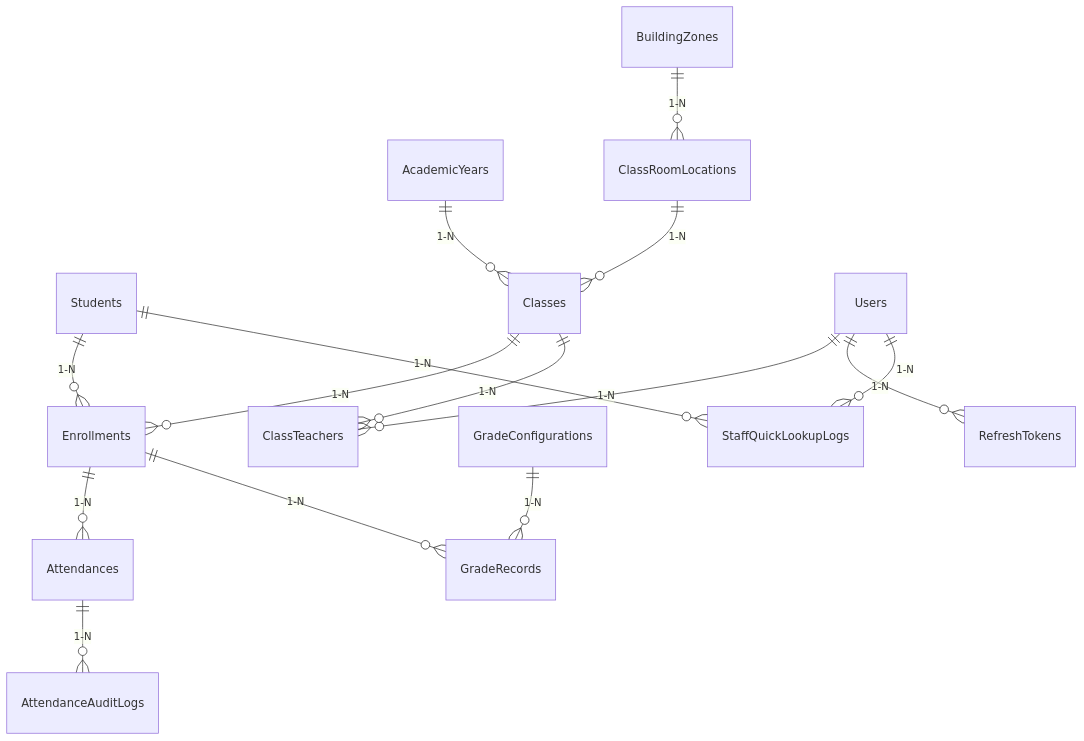
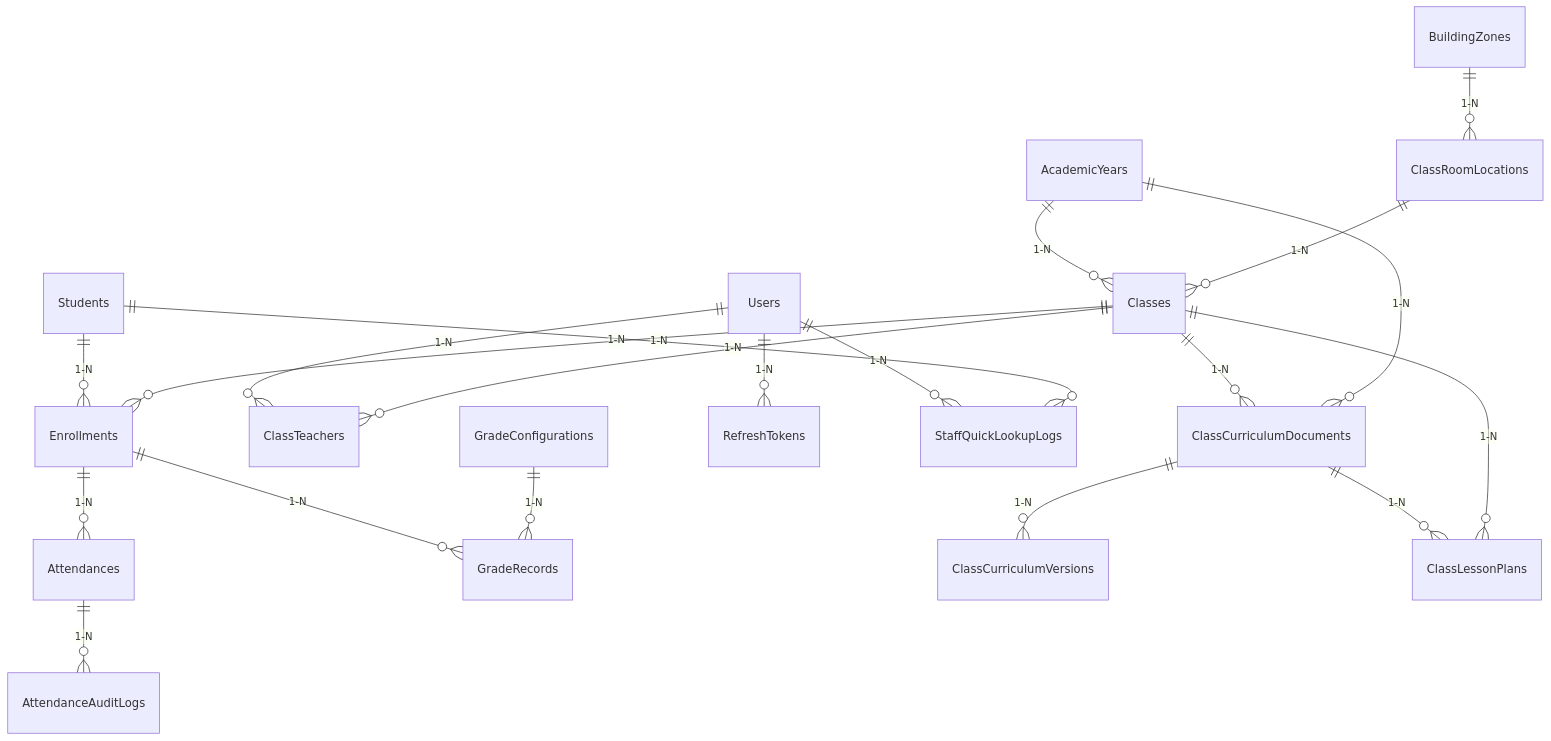
One commit to Kiin11/ManagerStudentCaltholic changed the diagram in AI-Knowledge/02-DATABASE/TABLE-RELATIONSHIPS.md. Above: the diagram before and after it, drawn with Mermaid. The commit also changed other lines of this file and 24 other files, not shown here.

````diff
--- a/AI-Knowledge/02-DATABASE/TABLE-RELATIONSHIPS.md
+++ b/AI-Knowledge/02-DATABASE/TABLE-RELATIONSHIPS.md
@@ -38,17 +46,22 @@
 ```mermaid
 erDiagram
     Students ||--o{ Enrollments : "1-N"
     Classes ||--o{ Enrollments : "1-N"
     AcademicYears ||--o{ Classes : "1-N"
     Users ||--o{ ClassTeachers : "1-N"
     Classes ||--o{ ClassTeachers : "1-N"
     Enrollments ||--o{ Attendances : "1-N"
     Attendances ||--o{ AttendanceAuditLogs : "1-N"
     Enrollments ||--o{ GradeRecords : "1-N"
     GradeConfigurations ||--o{ GradeRecords : "1-N"
     BuildingZones ||--o{ ClassRoomLocations : "1-N"
     ClassRoomLocations ||--o{ Classes : "1-N"
     Users ||--o{ RefreshTokens : "1-N"
     Users ||--o{ StaffQuickLookupLogs : "1-N"
     Students ||--o{ StaffQuickLookupLogs : "1-N"
+    Classes ||--o{ ClassCurriculumDocuments : "1-N"
+    AcademicYears ||--o{ ClassCurriculumDocuments : "1-N"
+    ClassCurriculumDocuments ||--o{ ClassCurriculumVersions : "1-N"
+    ClassCurriculumDocuments ||--o{ ClassLessonPlans : "1-N"
+    Classes ||--o{ ClassLessonPlans : "1-N"
 ```
````
